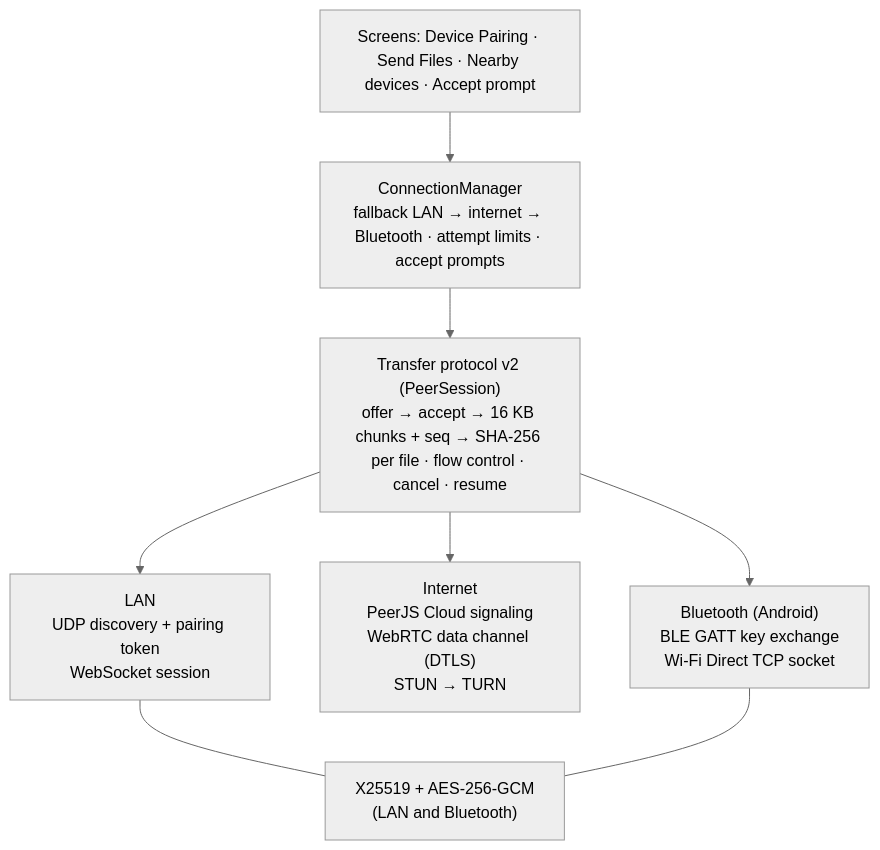
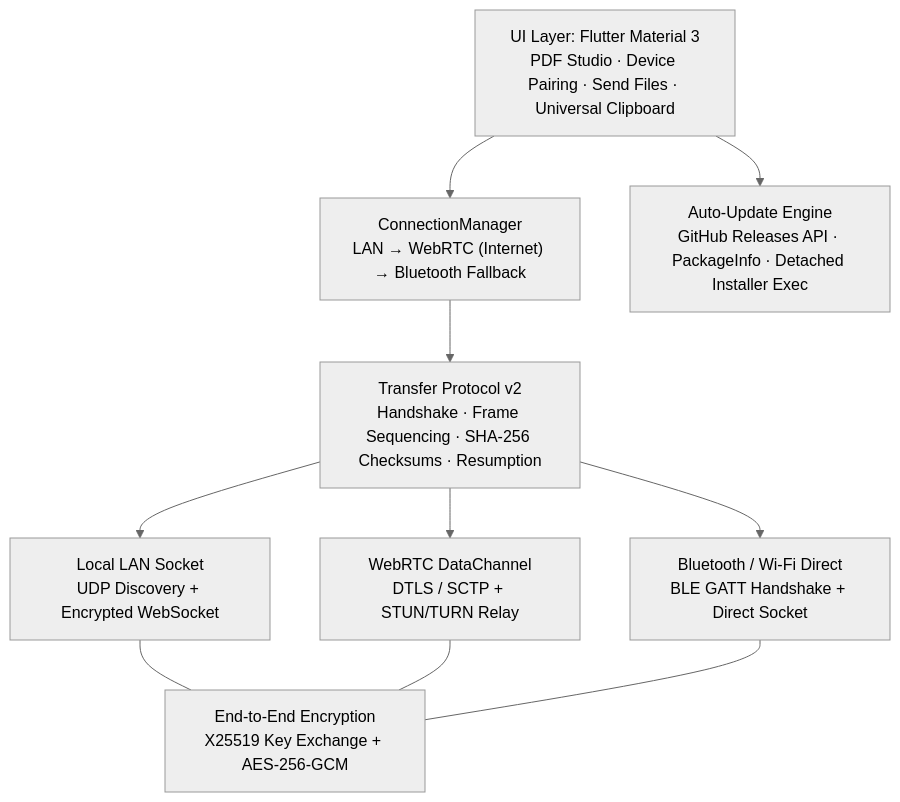
One commit to abhijeetmahakur/QuickShareStudio changed the diagram in README.md. Above: the diagram before and after it, drawn with Mermaid (neutral theme). The commit also changed other lines of this file and 24 other files, not shown here.

Commit message:
fix: pairing on different networks, reliable chunked transfer, and dialog button layout

````diff
--- a/README.md
+++ b/README.md
@@ -251,14 +197,18 @@
 ```mermaid
 flowchart TB
-  UI["Screens: Device Pairing · Send Files · Nearby devices · Accept prompt"]
-  CM["ConnectionManager<br/>fallback LAN → internet → Bluetooth · attempt limits · accept prompts"]
-  PS["Transfer protocol v2 (PeerSession)<br/>offer → accept → 16 KB chunks + seq → SHA-256 per file · flow control · cancel · resume"]
-  LAN["LAN<br/>UDP discovery + pairing token<br/>WebSocket session"]
-  NET["Internet<br/>PeerJS Cloud signaling<br/>WebRTC data channel (DTLS)<br/>STUN → TURN"]
-  BT["Bluetooth (Android)<br/>BLE GATT key exchange<br/>Wi-Fi Direct TCP socket"]
-  SEC["X25519 + AES-256-GCM<br/>(LAN and Bluetooth)"]
+  UI["UI Layer: Flutter Material 3<br/>PDF Studio · Device Pairing · Send Files · Universal Clipboard"]
+  CM["ConnectionManager<br/>LAN → WebRTC (Internet) → Bluetooth Fallback"]
+  PS["Transfer Protocol v2<br/>Handshake · Frame Sequencing · SHA-256 Checksums · Resumption"]
+  LAN["Local LAN Socket<br/>UDP Discovery + Encrypted WebSocket"]
+  NET["WebRTC DataChannel<br/>DTLS / SCTP + STUN/TURN Relay"]
+  BT["Bluetooth / Wi-Fi Direct<br/>BLE GATT Handshake + Direct Socket"]
+  SEC["End-to-End Encryption<br/>X25519 Key Exchange + AES-256-GCM"]
+  UPD["Auto-Update Engine<br/>GitHub Releases API · PackageInfo · Detached Installer Exec"]
+
   UI --> CM --> PS
   PS --> LAN & NET & BT
   LAN --- SEC
+  NET --- SEC
   BT --- SEC
+  UI --> UPD
 ```
````
